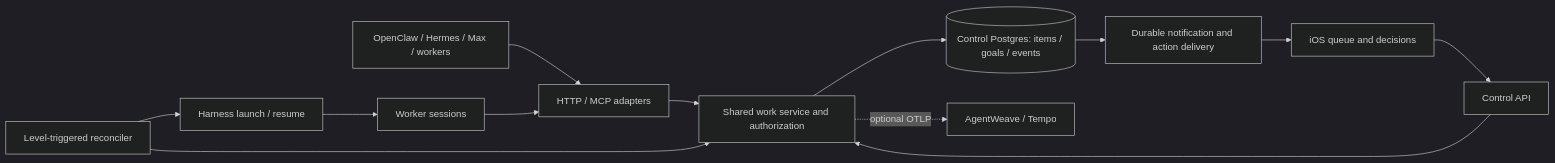
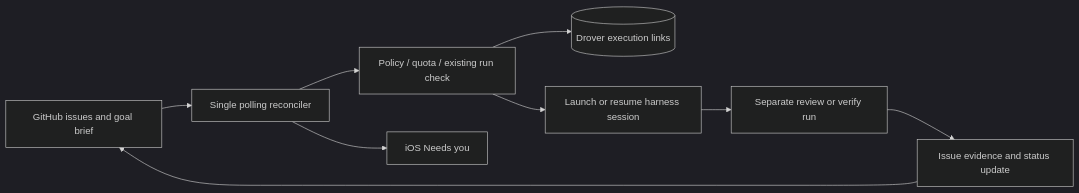
The first of 2 diagrams in docs/design/work-queue.md (arniesaha/drover), drawn with Mermaid (dark theme) before and after one commit. The commit also changed other lines of this file, not shown here.

Commit message:
docs: replace work queue design with slim GitHub-first v2

````diff
--- a/docs/design/work-queue.md
+++ b/docs/design/work-queue.md
@@ -23,15 +35,11 @@
 ```mermaid
 flowchart LR
-    Agents[OpenClaw / Hermes / Max / workers] --> Transport[HTTP / MCP adapters]
-    Phone[iOS queue and decisions] --> API[Control API]
-    Transport --> Service[Shared work service and authorization]
-    API --> Service
-    Service --> PG[(Control Postgres: items / goals / events)]
-    Reconciler[Level-triggered reconciler] --> Service
-    Reconciler --> Harness[Harness launch / resume]
-    Harness --> Workers[Worker sessions]
-    Workers --> Transport
-    PG --> Delivery[Durable notification and action delivery]
-    Delivery --> Phone
-    Service -. optional OTLP .-> Traces[AgentWeave / Tempo]
+    Issues[GitHub issues and goal brief] --> Poll[Single polling reconciler]
+    Poll --> Check[Policy / quota / existing run check]
+    Check --> Links[(Drover execution links)]
+    Check --> Session[Launch or resume harness session]
+    Session --> Verify[Separate review or verify run]
+    Verify --> Comments[Issue evidence and status update]
+    Comments --> Issues
+    Poll --> Attention[iOS Needs you]
 ```
````
